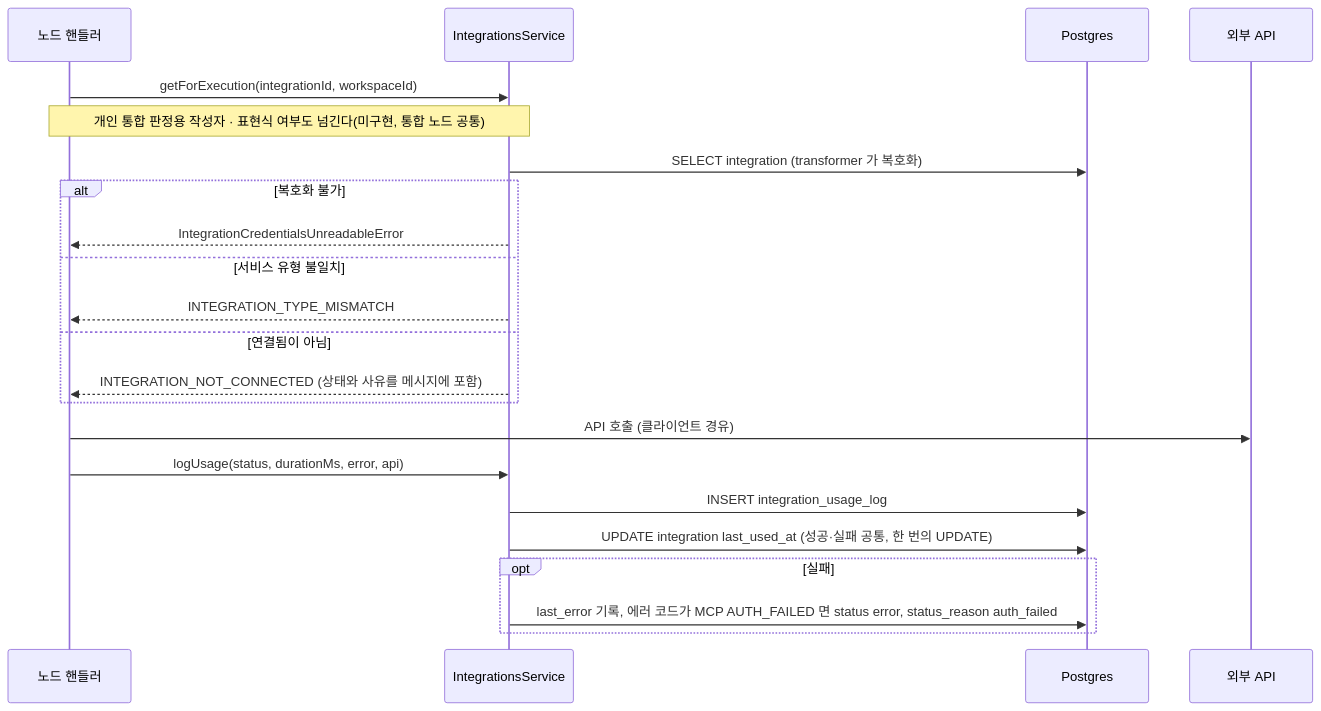
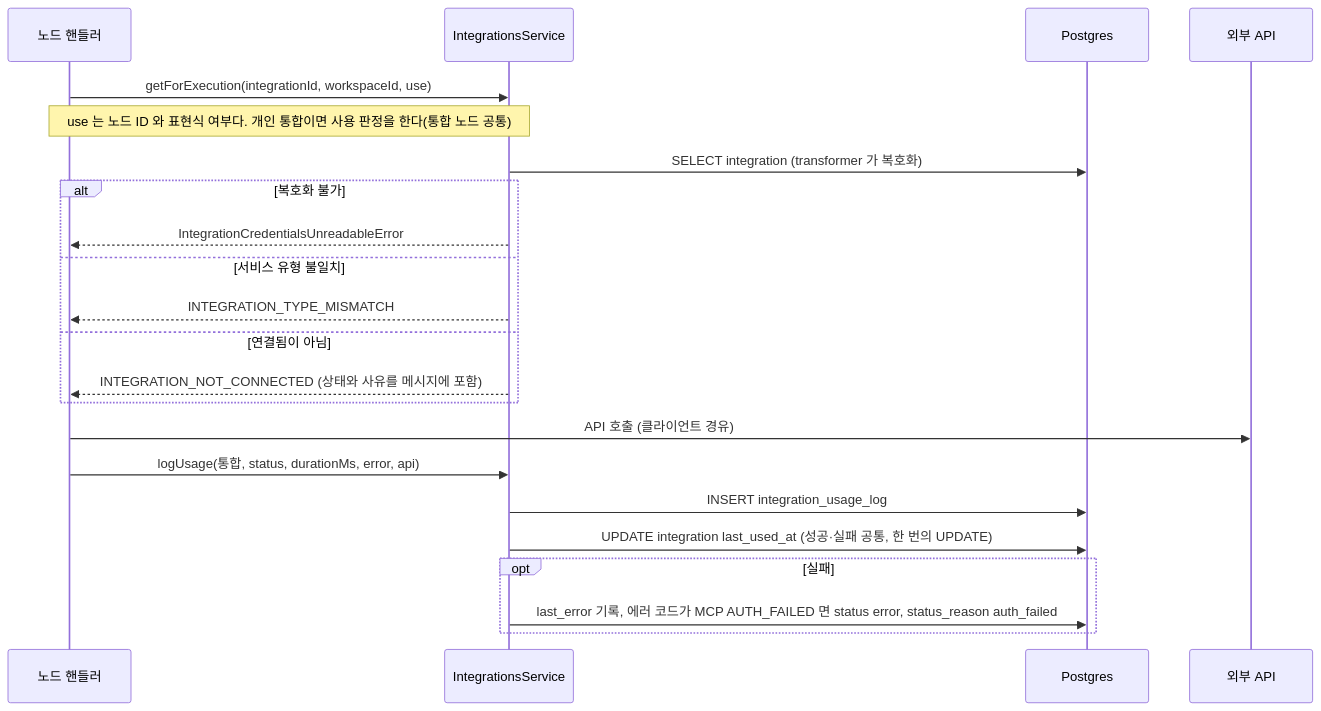
The sixth of 6 diagrams in spec/CLE-INT/CLE-INT-DATA.md (worker-ants/clemvion), drawn with Mermaid before and after one commit. The commit also changed other lines of this file and 20 other files, not shown here.

````diff
--- a/spec/CLE-INT/CLE-INT-DATA.md
+++ b/spec/CLE-INT/CLE-INT-DATA.md
@@ -417,24 +417,24 @@
 ```mermaid
 sequenceDiagram
   participant H as 노드 핸들러
   participant Svc as IntegrationsService
   participant PG as Postgres
   participant Ext as 외부 API
-  H->>Svc: getForExecution(integrationId, workspaceId)
-  Note over H,Svc: 개인 통합 판정용 작성자 · 표현식 여부도 넘긴다(미구현, 통합 노드 공통)
+  H->>Svc: getForExecution(integrationId, workspaceId, use)
+  Note over H,Svc: use 는 노드 ID 와 표현식 여부다. 개인 통합이면 사용 판정을 한다(통합 노드 공통)
   Svc->>PG: SELECT integration (transformer 가 복호화)
   alt 복호화 불가
     Svc-->>H: IntegrationCredentialsUnreadableError
   else 서비스 유형 불일치
     Svc-->>H: INTEGRATION_TYPE_MISMATCH
   else 연결됨이 아님
     Svc-->>H: INTEGRATION_NOT_CONNECTED (상태와 사유를 메시지에 포함)
   end
   H->>Ext: API 호출 (클라이언트 경유)
-  H->>Svc: logUsage(status, durationMs, error, api)
+  H->>Svc: logUsage(통합, status, durationMs, error, api)
   Svc->>PG: INSERT integration_usage_log
   Svc->>PG: UPDATE integration last_used_at (성공·실패 공통, 한 번의 UPDATE)
   opt 실패
     Svc->>PG: last_error 기록, 에러 코드가 MCP AUTH_FAILED 면 status error, status_reason auth_failed
   end
 ```
````
